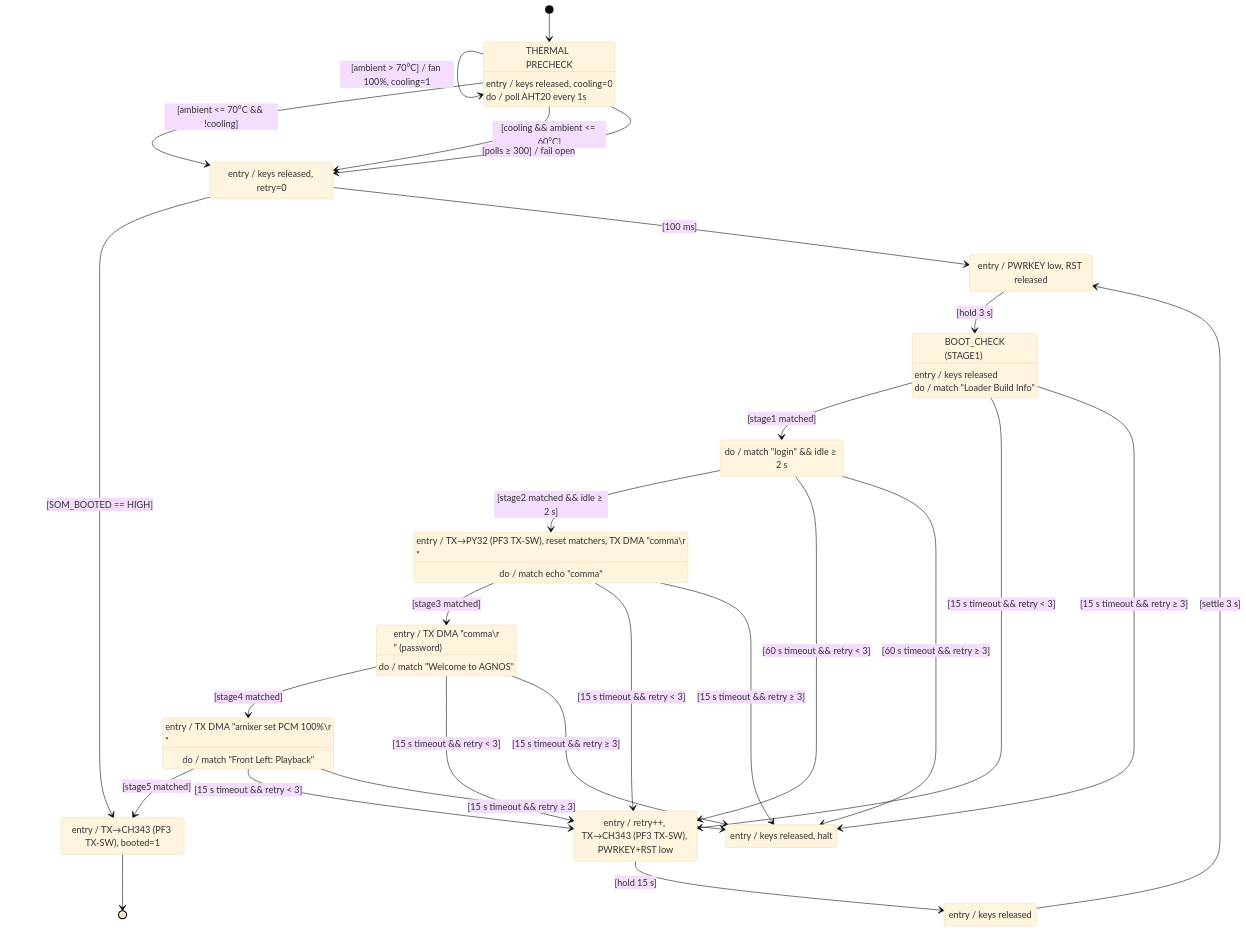
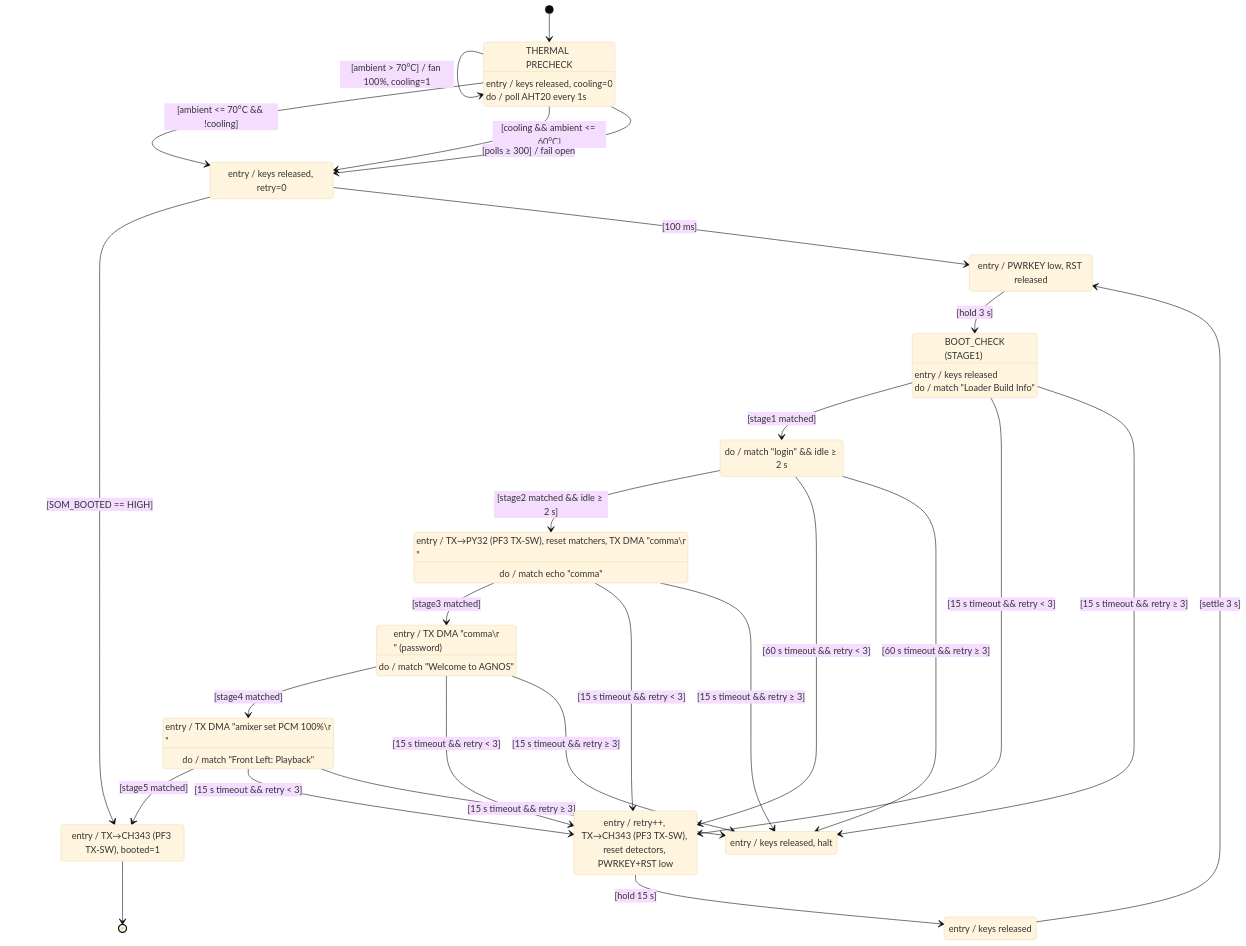
Diagram 16 of 16 in WORKLOG.md (Vkd4U2NtVkZOVg/py32_control), drawn with Mermaid (base theme) before and after one commit. The commit also changed other lines of this file and 2 other files, not shown here.

First line of the commit message:
fix(sdm845): move detector ResetAll from PWR_PRESS to BOOT_RESET

````diff
--- a/WORKLOG.md
+++ b/WORKLOG.md
@@ -1811,62 +1811,62 @@
 ```mermaid
 stateDiagram-v2
     direction TB
 
     [*] --> THERMAL_PRECHECK
 
     state "THERMAL\nPRECHECK" as THERMAL_PRECHECK
     THERMAL_PRECHECK : entry / keys released, cooling=0
     THERMAL_PRECHECK : do / poll AHT20 every 1s
     THERMAL_PRECHECK --> THERMAL_PRECHECK : [ambient > 70°C] / fan 100%, cooling=1
     THERMAL_PRECHECK --> POWER_ON_WAIT : [ambient <= 70°C && !cooling]
     THERMAL_PRECHECK --> POWER_ON_WAIT : [cooling && ambient <= 60°C]
     THERMAL_PRECHECK --> POWER_ON_WAIT : [polls ≥ 300] / fail open
 
     POWER_ON_WAIT : entry / keys released, retry=0
     POWER_ON_WAIT --> BOOT_SUCCESS : [SOM_BOOTED == HIGH]
     POWER_ON_WAIT --> PWR_PRESS : [100 ms]
 
     PWR_PRESS : entry / PWRKEY low, RST released
     PWR_PRESS --> BOOT_CHECK : [hold 3 s]
 
     state "BOOT_CHECK\n(STAGE1)" as BOOT_CHECK
     BOOT_CHECK : entry / keys released
     BOOT_CHECK : do / match "Loader Build Info"
     BOOT_CHECK --> STAGE2_WAIT : [stage1 matched]
     BOOT_CHECK --> BOOT_RESET : [15 s timeout && retry < 3]
     BOOT_CHECK --> STRAP_FAIL : [15 s timeout && retry ≥ 3]
 
     STAGE2_WAIT : do / match "login" && idle ≥ 2 s
     STAGE2_WAIT --> STAGE3_WAIT : [stage2 matched && idle ≥ 2 s]
     STAGE2_WAIT --> BOOT_RESET : [60 s timeout && retry < 3]
     STAGE2_WAIT --> STRAP_FAIL : [60 s timeout && retry ≥ 3]
 
     STAGE3_WAIT : entry / TX→PY32 (PF3 TX-SW), reset matchers, TX DMA "comma\r\n"
     STAGE3_WAIT : do / match echo "comma"
     STAGE3_WAIT --> STAGE4_WAIT : [stage3 matched]
     STAGE3_WAIT --> BOOT_RESET : [15 s timeout && retry < 3]
     STAGE3_WAIT --> STRAP_FAIL : [15 s timeout && retry ≥ 3]
 
     STAGE4_WAIT : entry / TX DMA "comma\r\n" (password)
     STAGE4_WAIT : do / match "Welcome to AGNOS"
     STAGE4_WAIT --> STAGE5_WAIT : [stage4 matched]
     STAGE4_WAIT --> BOOT_RESET : [15 s timeout && retry < 3]
     STAGE4_WAIT --> STRAP_FAIL : [15 s timeout && retry ≥ 3]
 
     STAGE5_WAIT : entry / TX DMA "amixer set PCM 100%\r\n"
     STAGE5_WAIT : do / match "Front Left: Playback"
     STAGE5_WAIT --> BOOT_SUCCESS : [stage5 matched]
     STAGE5_WAIT --> BOOT_RESET : [15 s timeout && retry < 3]
     STAGE5_WAIT --> STRAP_FAIL : [15 s timeout && retry ≥ 3]
 
     BOOT_SUCCESS : entry / TX→CH343 (PF3 TX-SW), booted=1
     BOOT_SUCCESS --> [*]
 
-    BOOT_RESET : entry / retry++, TX→CH343 (PF3 TX-SW), PWRKEY+RST low
+    BOOT_RESET : entry / retry++, TX→CH343 (PF3 TX-SW), reset detectors, PWRKEY+RST low
     BOOT_RESET --> PMIC_SETTLE : [hold 15 s]
 
     PMIC_SETTLE : entry / keys released
     PMIC_SETTLE --> PWR_PRESS : [settle 3 s]
 
     STRAP_FAIL : entry / keys released, halt
 ```
````
